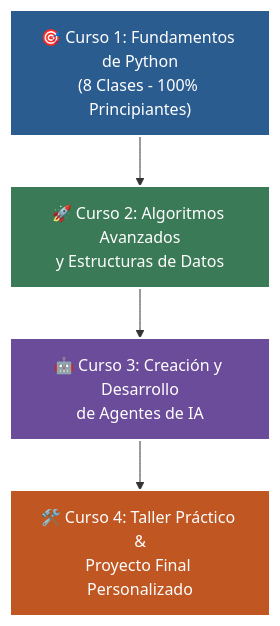
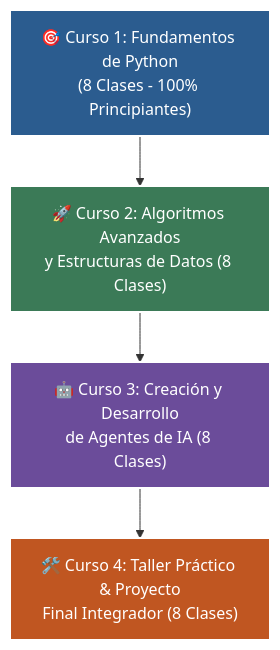
The second of 2 diagrams in README.md (wisrovi/wisrovi-python), drawn with Mermaid before and after one commit. The commit also changed other lines of this file, not shown here.

Commit message:
docs: add Spiral Learning pedagogical methodology and updated repo architecture to main README

````diff
--- a/README.md
+++ b/README.md
@@ -39,11 +62,11 @@
 ```mermaid
 flowchart TD
-    C1["🎯 Curso 1: Fundamentos de Python\n(8 Clases - 100% Principiantes)"] --> C2["🚀 Curso 2: Algoritmos Avanzados\ny Estructuras de Datos"]
-    C2 --> C3["🤖 Curso 3: Creación y Desarrollo\nde Agentes de IA"]
-    C3 --> C4["🛠️ Curso 4: Taller Práctico &\nProyecto Final Personalizado"]
+    C1["🎯 Curso 1: Fundamentos de Python<br/>(8 Clases - 100% Principiantes)"] --> C2["🚀 Curso 2: Algoritmos Avanzados<br/>y Estructuras de Datos (8 Clases)"]
+    C2 --> C3["🤖 Curso 3: Creación y Desarrollo<br/>de Agentes de IA (8 Clases)"]
+    C3 --> C4["🛠️ Curso 4: Taller Práctico & Proyecto<br/>Final Integrador (8 Clases)"]
 
     style C1 fill:#2b5c8f,color:#fff,stroke:#fff,stroke-width:2px
     style C2 fill:#3b7a57,color:#fff,stroke:#fff,stroke-width:2px
     style C3 fill:#6b4c9a,color:#fff,stroke:#fff,stroke-width:2px
     style C4 fill:#c05621,color:#fff,stroke:#fff,stroke-width:2px
 ```
````
